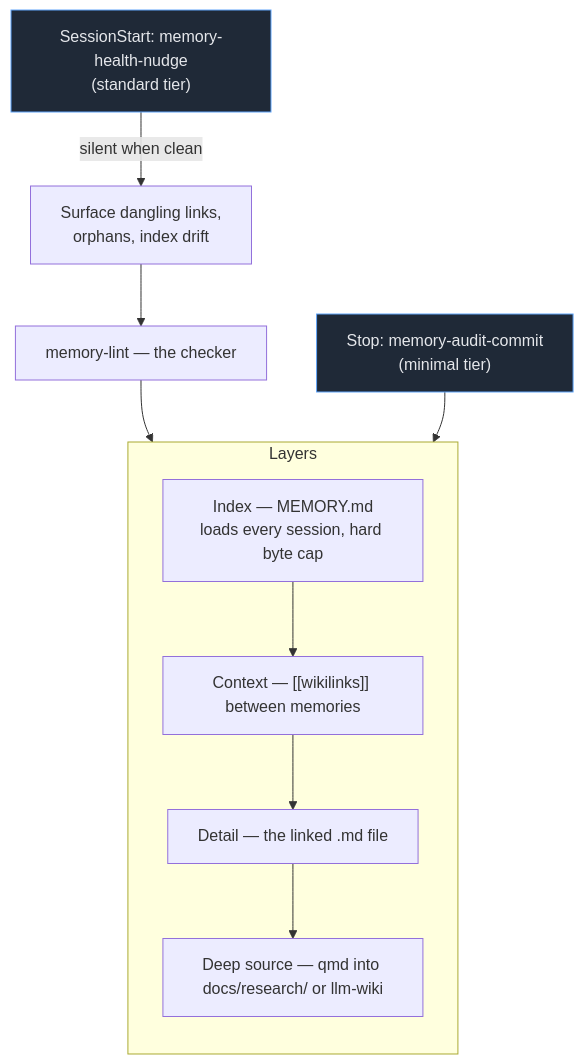
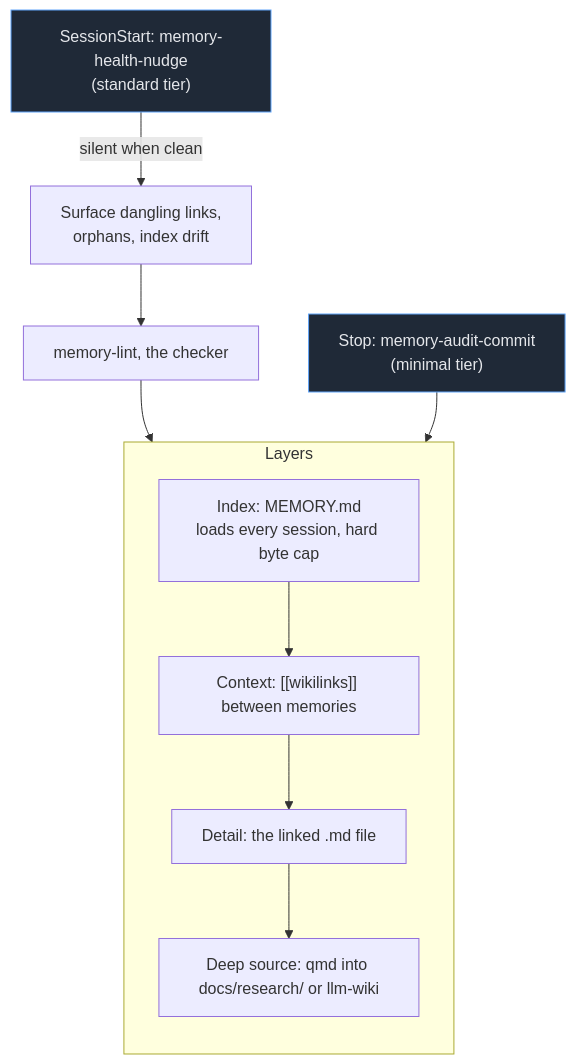
Before and after one commit to wasikarn/matt-harness: the eighth of 8 diagrams in docs/workflow-diagrams.md, drawn with Mermaid. The commit also changed other lines of this file and 9 other files, not shown here.

````diff
--- a/docs/workflow-diagrams.md
+++ b/docs/workflow-diagrams.md
@@ -330,20 +334,20 @@
 ```mermaid
 flowchart TB
     subgraph L["Layers"]
         direction TB
-        M1["Index — MEMORY.md<br/>loads every session, hard byte cap"]
-        M2["Context — [[wikilinks]] between memories"]
-        M3["Detail — the linked .md file"]
-        M4["Deep source — qmd into docs/research/ or llm-wiki"]
+        M1["Index: MEMORY.md<br/>loads every session, hard byte cap"]
+        M2["Context: [[wikilinks]] between memories"]
+        M3["Detail: the linked .md file"]
+        M4["Deep source: qmd into docs/research/ or llm-wiki"]
         M1 --> M2 --> M3 --> M4
     end
 
     SS["SessionStart: memory-health-nudge<br/>(standard tier)"] -->|"silent when clean"| FIND["Surface dangling links,<br/>orphans, index drift"]
-    FIND --> ML["memory-lint — the checker"]
+    FIND --> ML["memory-lint, the checker"]
     ML --> M1
 
     ST["Stop: memory-audit-commit<br/>(minimal tier)"] --> M3
 
     classDef quiet fill:#1f2937,stroke:#60a5fa,color:#e5e7eb
     class SS,ST quiet
 ```
````
